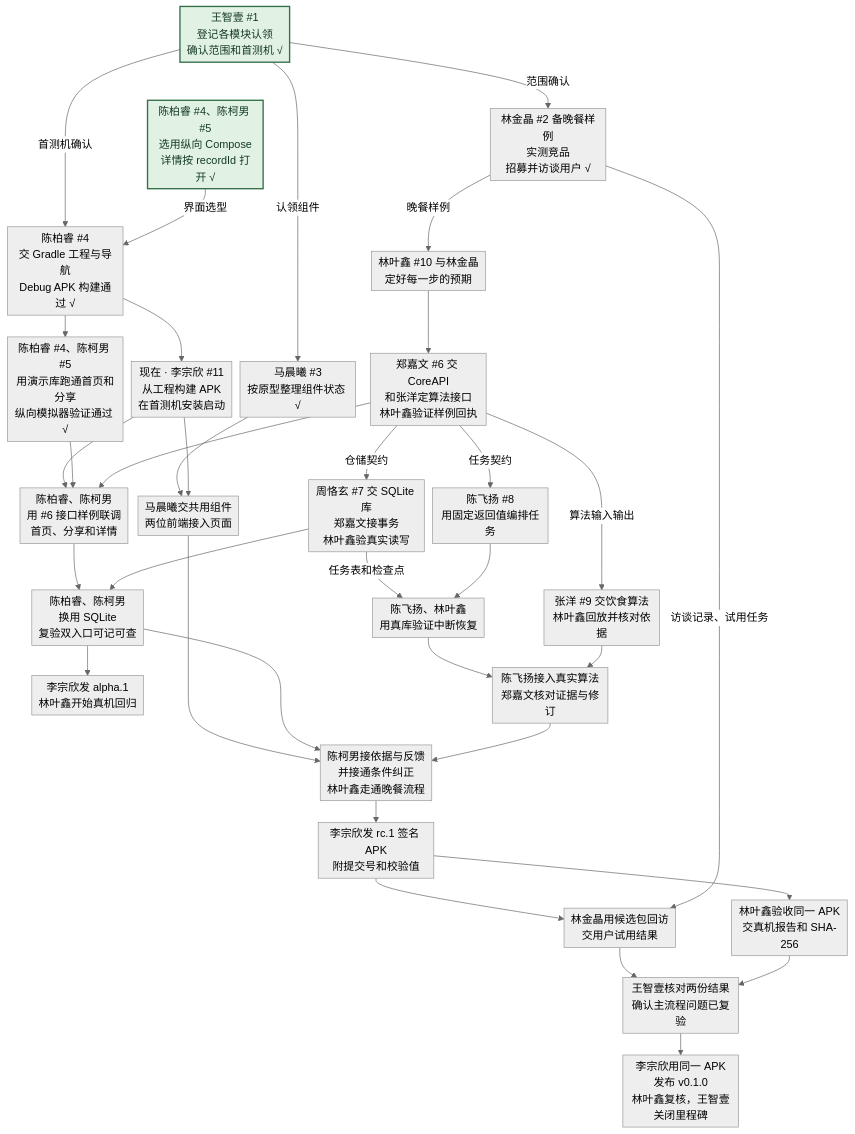
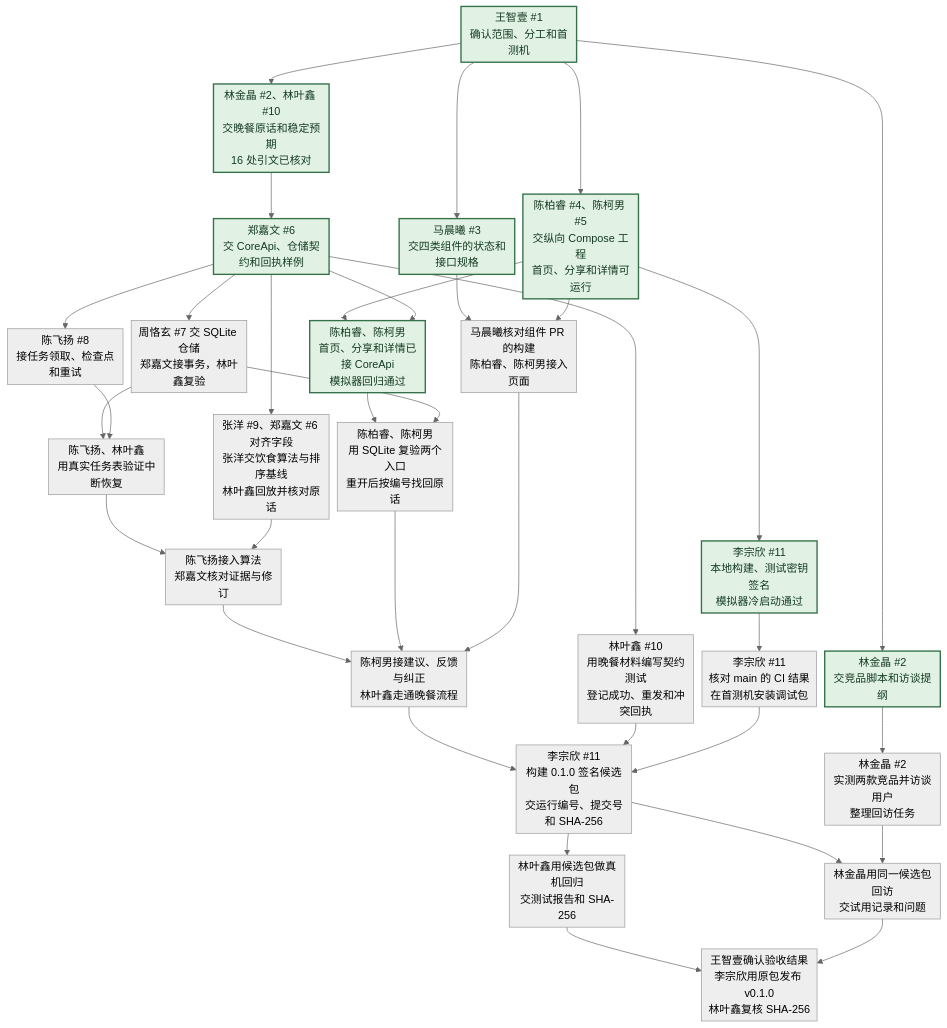
The diagram in homework/team/task8/plan.md (155TuT/2601-fzu-SoftwareEngineering-YuezhongWu), drawn with Mermaid (neutral theme) before and after one commit. The commit also changed other lines of this file, not shown here.

Commit message:
docs(task8): simplify the Android sprint release path

````diff
--- a/homework/team/task8/plan.md
+++ b/homework/team/task8/plan.md
@@ -52,46 +52,44 @@
 ```mermaid
 %%{init: {"flowchart": {"nodeSpacing": 12, "rankSpacing": 32, "padding": 5, "wrappingWidth": 150}}}%%
 flowchart TD
     accTitle: PebblePile Android v0.1.0 工作依赖
-    claim["王智壹 #1<br/>登记各模块认领<br/>确认范围和首测机 √"]:::ready
-    route["陈柏睿 #4、陈柯男 #5<br/>选用纵向 Compose<br/>详情按 recordId 打开 √"]:::ready
+    claim["王智壹 #1<br/>确认范围、分工和首测机"]:::ready
+    claim --> project["陈柏睿 #4、陈柯男 #5<br/>交纵向 Compose 工程<br/>首页、分享和详情可运行"]:::ready
+    claim --> prep["林金晶 #2<br/>交竞品脚本和访谈提纲"]:::ready
+    claim --> sample["林金晶 #2、林叶鑫 #10<br/>交晚餐原话和稳定预期<br/>16 处引文已核对"]:::ready
+    claim --> spec["马晨曦 #3<br/>交四类组件的状态和接口规格"]:::ready
 
-    claim -->|范围确认| research["林金晶 #2 备晚餐样例<br/>实测竞品<br/>招募并访谈用户 √"]
-    research -->|晚餐样例| sample["林叶鑫 #10 与林金晶<br/>定好每一步的预期"]
-    claim -->|认领组件| design["马晨曦 #3<br/>按原型整理组件状态 √"]
-    claim -->|首测机确认| project["陈柏睿 #4<br/>交 Gradle 工程与导航<br/>Debug APK 构建通过 √"]
-    route -->|界面选型| project
-    project --> install["现在 · 李宗欣 #11<br/>从工程构建 APK<br/>在首测机安装启动"]
-    project --> demo["陈柏睿 #4、陈柯男 #5<br/>用演示库跑通首页和分享<br/>纵向模拟器验证通过 √"]
+    project --> build["李宗欣 #11<br/>本地构建、测试密钥签名<br/>模拟器冷启动通过"]:::ready
+    build --> device["李宗欣 #11<br/>核对 main 的 CI 结果<br/>在首测机安装调试包"]
+    sample --> api["郑嘉文 #6<br/>交 CoreApi、仓储契约和回执样例"]:::ready
+    project --> pages["陈柏睿、陈柯男<br/>首页、分享和详情已接 CoreApi<br/>模拟器回归通过"]:::ready
+    api --> pages
+    api --> tests["林叶鑫 #10<br/>用晚餐材料编写契约测试<br/>登记成功、重发和冲突回执"]
+    spec --> components["马晨曦核对组件 PR 的构建<br/>陈柏睿、陈柯男接入页面"]
+    project --> components
+    prep --> research["林金晶 #2<br/>实测两款竞品并访谈用户<br/>整理回访任务"]
 
-    sample --> api["郑嘉文 #6 交 CoreAPI<br/>和张洋定算法接口<br/>林叶鑫验证样例回执"]
-    design --> components["马晨曦交共用组件<br/>两位前端接入页面"]
-    install --> components
-    install --> pages["陈柏睿、陈柯男<br/>用 #6 接口样例联调<br/>首页、分享和详情"]
-    demo --> pages
-    api --> pages
-    api -->|仓储契约| db["周恪玄 #7 交 SQLite 库<br/>郑嘉文接事务<br/>林叶鑫验真实读写"]
-    api -->|任务契约| jobs["陈飞扬 #8<br/>用固定返回值编排任务"]
-    api -->|算法输入输出| replay["张洋 #9 交饮食算法<br/>林叶鑫回放并核对依据"]
+    api --> db["周恪玄 #7 交 SQLite 仓储<br/>郑嘉文接事务，林叶鑫复验"]
+    pages --> entries["陈柏睿、陈柯男<br/>用 SQLite 复验两个入口<br/>重开后按编号找回原话"]
+    db --> entries
+    api --> jobs["陈飞扬 #8<br/>接任务领取、检查点和重试"]
+    db --> recover["陈飞扬、林叶鑫<br/>用真实任务表验证中断恢复"]
+    jobs --> recover
+    api --> algorithm["张洋 #9、郑嘉文 #6 对齐字段<br/>张洋交饮食算法与排序基线<br/>林叶鑫回放并核对原话"]
+    recover --> integration["陈飞扬接入算法<br/>郑嘉文核对证据与修订"]
+    algorithm --> integration
+    integration --> dinner["陈柯男接建议、反馈与纠正<br/>林叶鑫走通晚餐流程"]
+    entries --> dinner
+    components --> dinner
 
-    pages --> entries["陈柏睿、陈柯男<br/>换用 SQLite<br/>复验双入口可记可查"]
-    db --> entries
-    entries --> alpha["李宗欣发 alpha.1<br/>林叶鑫开始真机回归"]
-    db -->|任务表和检查点| recover["陈飞扬、林叶鑫<br/>用真库验证中断恢复"]
-    jobs --> recover
-    recover --> results["陈飞扬接入真实算法<br/>郑嘉文核对证据与修订"]
-    replay --> results
-
-    components --> dinner["陈柯男接依据与反馈<br/>并接通条件纠正<br/>林叶鑫走通晚餐流程"]
-    entries --> dinner
-    results --> dinner
-    dinner --> rc["李宗欣发 rc.1 签名 APK<br/>附提交号和校验值"]
-    rc --> trial["林金晶用候选包回访<br/>交用户试用结果"]
-    research -->|访谈记录、试用任务| trial
-    rc --> qa["林叶鑫验收同一 APK<br/>交真机报告和 SHA-256"]
-    trial --> signoff["王智壹核对两份结果<br/>确认主流程问题已复验"]
-    qa --> signoff
-    signoff --> release["李宗欣用同一 APK<br/>发布 v0.1.0<br/>林叶鑫复核，王智壹关闭里程碑"]
+    dinner --> candidate["李宗欣 #11<br/>构建 0.1.0 签名候选包<br/>交运行编号、提交号和 SHA-256"]
+    tests --> candidate
+    device --> candidate
+    candidate --> qa["林叶鑫用候选包做真机回归<br/>交测试报告和 SHA-256"]
+    candidate --> trial["林金晶用同一候选包回访<br/>交试用记录和问题"]
+    research --> trial
+    qa --> release["王智壹确认验收结果<br/>李宗欣用原包发布 v0.1.0<br/>林叶鑫复核 SHA-256"]
+    trial --> release
 
     classDef ready fill:#e1f2e4,stroke:#347149,color:#143a22,stroke-width:2px
 ```
````
